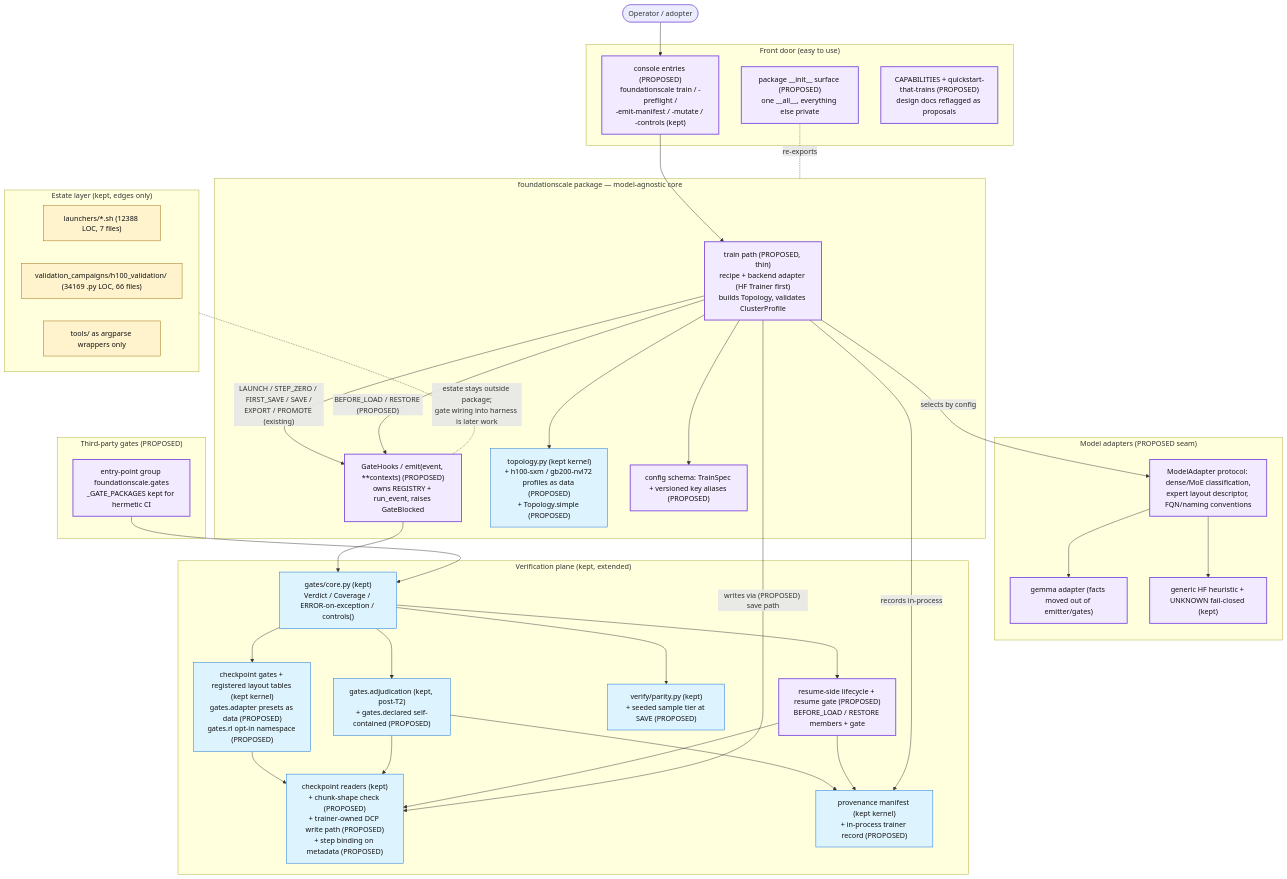
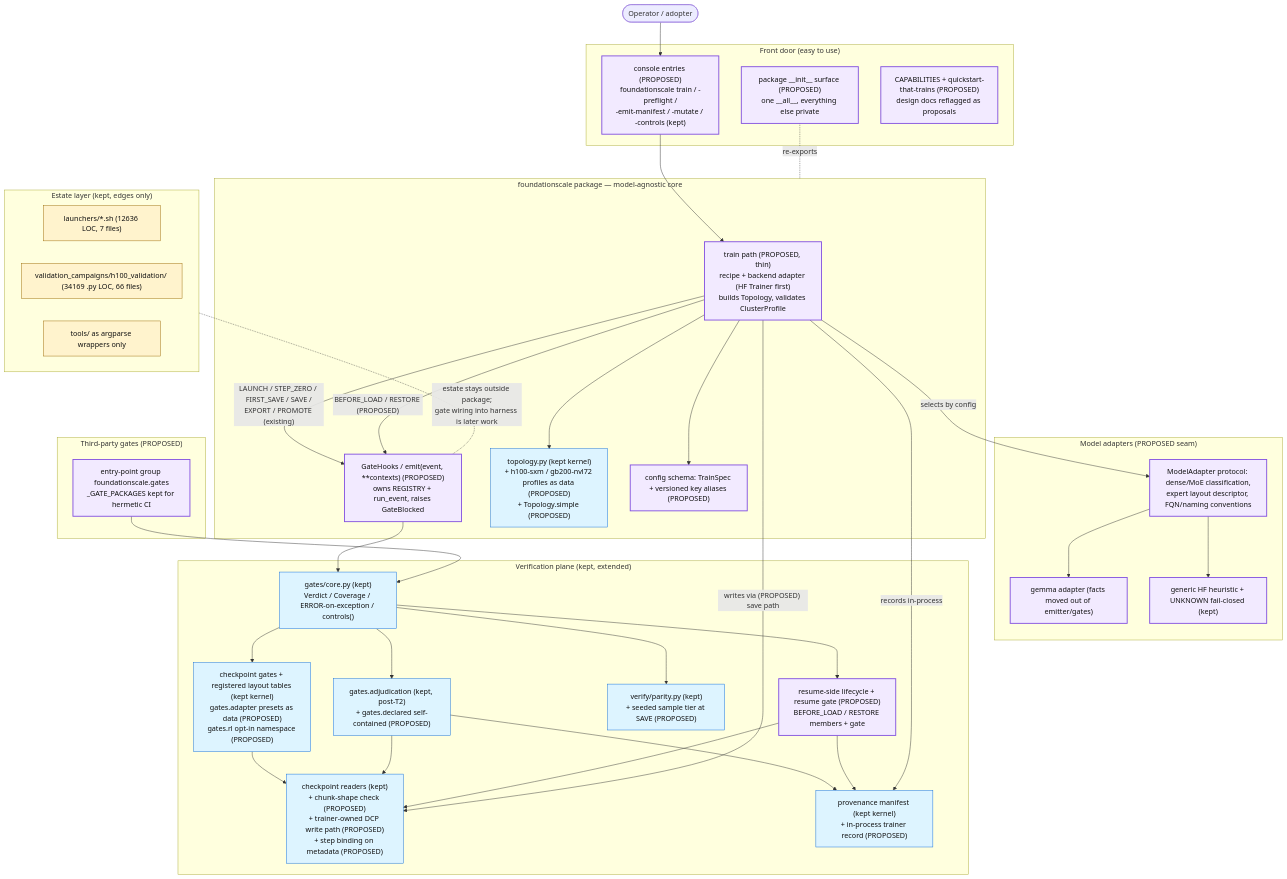
One commit to TranNhiem/FoundationScale changed the diagram in docs/review/D5_proposed_architecture.md. Above: the diagram before and after it, drawn with Mermaid. The commit also changed other lines of this file and 27 other files, not shown here.

````diff
--- a/docs/review/D5_proposed_architecture.md
+++ b/docs/review/D5_proposed_architecture.md
@@ -13,74 +13,74 @@
 ```mermaid
 flowchart TB
   U(["Operator / adopter"])
 
   subgraph FRONT["Front door (easy to use)"]
     CLI["console entries (PROPOSED)<br/>foundationscale train / -preflight /<br/>-emit-manifest / -mutate / -controls (kept)"]
     SURF["package __init__ surface (PROPOSED)<br/>one __all__, everything else private"]
     DOCS["CAPABILITIES + quickstart-that-trains (PROPOSED)<br/>design docs reflagged as proposals"]
   end
 
   subgraph CORE["foundationscale package — model-agnostic core"]
     TRAIN["train path (PROPOSED, thin)<br/>recipe + backend adapter (HF Trainer first)<br/>builds Topology, validates ClusterProfile"]
     HOOKS["GateHooks / emit(event, **contexts) (PROPOSED)<br/>owns REGISTRY + run_event, raises GateBlocked"]
     TOPO["topology.py (kept kernel)<br/>+ h100-sxm / gb200-nvl72 profiles as data (PROPOSED)<br/>+ Topology.simple (PROPOSED)"]
     CONFIG["config schema: TrainSpec + versioned key aliases (PROPOSED)"]
   end
 
   subgraph ADAPT["Model adapters (PROPOSED seam)"]
     MA["ModelAdapter protocol: dense/MoE classification,<br/>expert layout descriptor, FQN/naming conventions"]
     GEM["gemma adapter (facts moved out of emitter/gates)"]
     HF["generic HF heuristic + UNKNOWN fail-closed (kept)"]
   end
 
   subgraph VERIFY["Verification plane (kept, extended)"]
     GCORE["gates/core.py (kept)<br/>Verdict / Coverage / ERROR-on-exception / controls()"]
     GCK["checkpoint gates + registered layout tables (kept kernel)<br/>gates.adapter presets as data (PROPOSED)<br/>gates.rl opt-in namespace (PROPOSED)"]
     ADJ["gates.adjudication (kept, post-T2)<br/>+ gates.declared self-contained (PROPOSED)"]
     PAR["verify/parity.py (kept)<br/>+ seeded sample tier at SAVE (PROPOSED)"]
     CKIO["checkpoint readers (kept)<br/>+ chunk-shape check (PROPOSED)<br/>+ trainer-owned DCP write path (PROPOSED)<br/>+ step binding on metadata (PROPOSED)"]
     PROV["provenance manifest (kept kernel)<br/>+ in-process trainer record (PROPOSED)"]
     RES["resume-side lifecycle + resume gate (PROPOSED)<br/>BEFORE_LOAD / RESTORE members + gate"]
   end
 
   subgraph PLUG["Third-party gates (PROPOSED)"]
     EP["entry-point group foundationscale.gates<br/>_GATE_PACKAGES kept for hermetic CI"]
   end
 
   subgraph ESTATE["Estate layer (kept, edges only)"]
-    LAU["launchers/*.sh (12388 LOC, 7 files)"]
+    LAU["launchers/*.sh (12636 LOC, 7 files)"]
     H100["validation_campaigns/h100_validation/ (34169 .py LOC, 66 files)"]
     WRAP["tools/ as argparse wrappers only"]
   end
 
   U --> CLI --> TRAIN
   SURF -. re-exports .- CORE
   TRAIN --> TOPO
   TRAIN --> CONFIG
   TRAIN -- "selects by config" --> MA
   MA --> GEM
   MA --> HF
   TRAIN -- "LAUNCH / STEP_ZERO / FIRST_SAVE / SAVE /<br/>EXPORT / PROMOTE (existing)" --> HOOKS
   TRAIN -- "BEFORE_LOAD / RESTORE (PROPOSED)" --> HOOKS
   HOOKS --> GCORE
   EP --> GCORE
   GCORE --> GCK
   GCORE --> ADJ
   GCORE --> PAR
   GCORE --> RES
   GCK --> CKIO
   ADJ --> CKIO
   ADJ --> PROV
   RES --> CKIO
   RES --> PROV
   TRAIN -- "writes via (PROPOSED) save path" --> CKIO
   TRAIN -- "records in-process" --> PROV
   ESTATE -. "estate stays outside package;<br/>gate wiring into harness is later work" .- HOOKS
 
   classDef new fill:#f2eaff,stroke:#8250df,stroke-width:2px,color:#111;
   classDef kept fill:#ddf4ff,stroke:#0969da,color:#111;
   classDef estate fill:#fff3cd,stroke:#9a6700,color:#111;
   class TRAIN,HOOKS,CLI,SURF,DOCS,MA,GEM,HF,RES,EP,CONFIG new;
   class GCORE,GCK,ADJ,PAR,CKIO,PROV,TOPO kept;
   class LAU,H100,WRAP estate;
 ```
````
